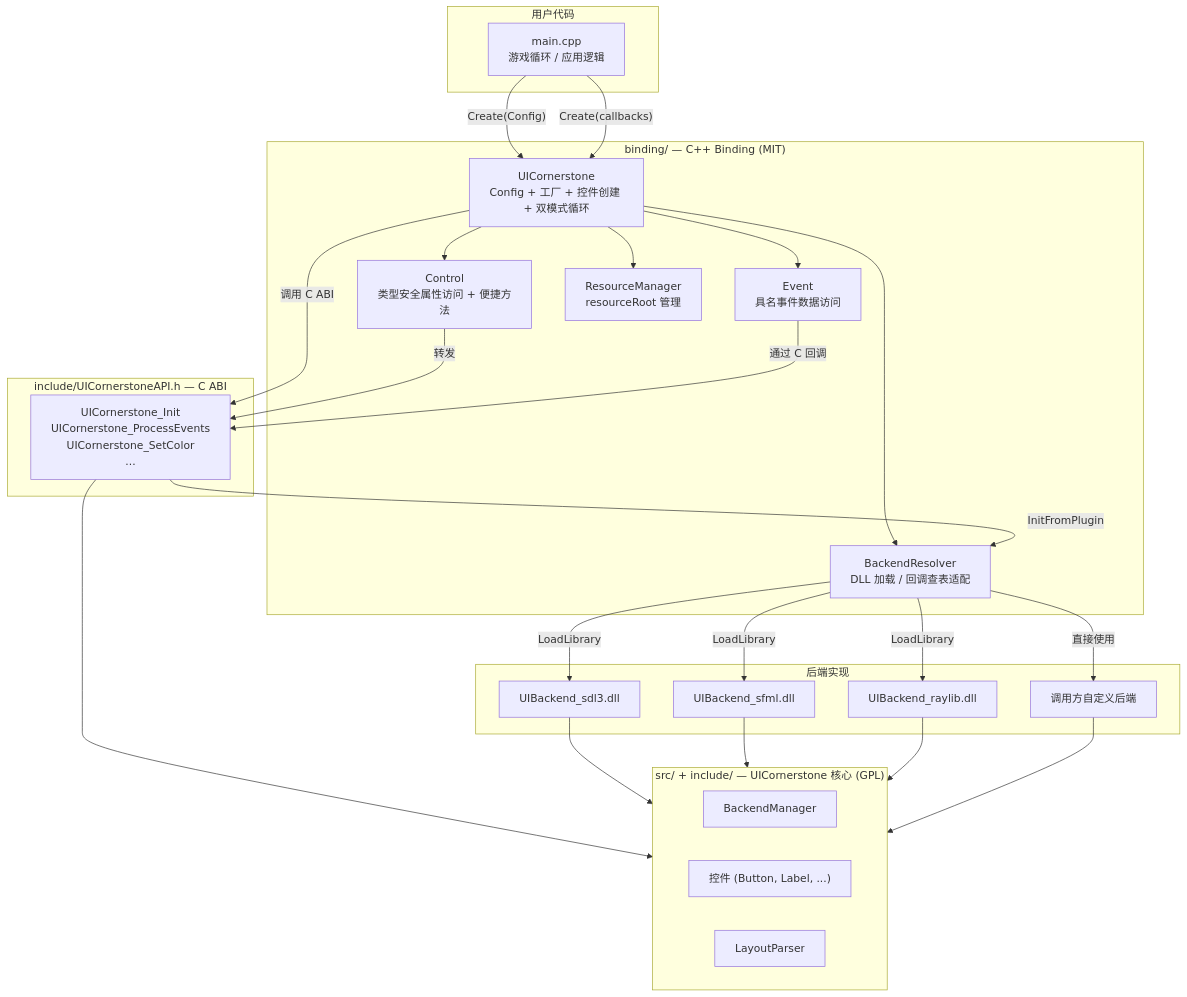
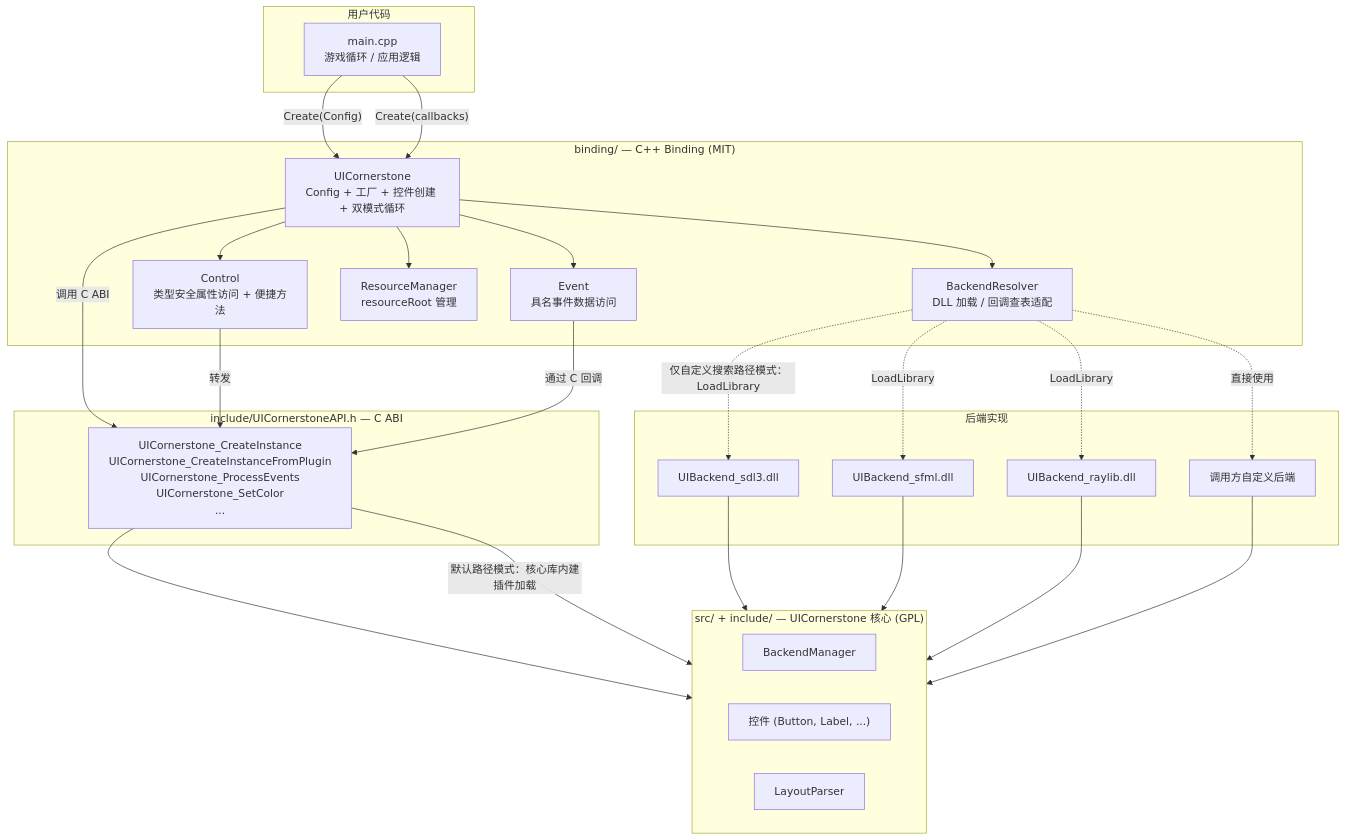
The first of 7 diagrams in doc/CppBinding_Design.md (SeaOceanLiu/UIControls), drawn with Mermaid before and after one commit. The commit also changed other lines of this file and 85 other files, not shown here.

First line of the commit message:
feat: 多实例 C ABI 改造实施 — UIContext 实例上下文、CreateInstance/CreateViewport 层级、单例移除、多视口事件路由与焦点转移

````diff
--- a/doc/CppBinding_Design.md
+++ b/doc/CppBinding_Design.md
@@ -138,55 +141,55 @@
 ```mermaid
 flowchart TB
     subgraph User["用户代码"]
         App["main.cpp<br/>游戏循环 / 应用逻辑"]
     end
 
     subgraph Binding["binding/ — C++ Binding (MIT)"]
         UIC["UICornerstone<br/>Config + 工厂 + 控件创建 + 双模式循环"]
         Ctrl["Control<br/>类型安全属性访问 + 便捷方法"]
         Evt["Event<br/>具名事件数据访问"]
         RM["ResourceManager<br/>resourceRoot 管理"]
         BR["BackendResolver<br/>DLL 加载 / 回调查表适配"]
     end
 
     subgraph CAPI["include/UICornerstoneAPI.h — C ABI"]
-        CF["UICornerstone_Init<br/>UICornerstone_ProcessEvents<br/>UICornerstone_SetColor<br/>..."]
+        CF["UICornerstone_CreateInstance<br/>UICornerstone_CreateInstanceFromPlugin<br/>UICornerstone_ProcessEvents<br/>UICornerstone_SetColor<br/>..."]
     end
 
     subgraph Core["src/ + include/ — UICornerstone 核心 (GPL)"]
         BM["BackendManager"]
         Controls["控件 (Button, Label, ...)"]
         Layout["LayoutParser"]
     end
 
     subgraph Backend["后端实现"]
         SDL3["UIBackend_sdl3.dll"]
         SFML["UIBackend_sfml.dll"]
         RL["UIBackend_raylib.dll"]
         CB["调用方自定义后端"]
     end
 
     App -->|"Create(Config)"| UIC
     App -->|"Create(callbacks)"| UIC
 
     UIC --> Ctrl
     UIC --> Evt
     UIC --> RM
     UIC --> BR
 
     UIC -->|"调用 C ABI"| CF
     Ctrl -->|"转发"| CF
     Evt -->|"通过 C 回调"| CF
 
     CF --> Core
-    CF -->|"InitFromPlugin"| BR
-    BR -->|"LoadLibrary"| SDL3
-    BR -->|"LoadLibrary"| SFML
-    BR -->|"LoadLibrary"| RL
-    BR -->|"直接使用"| CB
+    CF -->|"默认路径模式：核心库内建插件加载"| Core
+    BR -.->|"仅自定义搜索路径模式：LoadLibrary"| SDL3
+    BR -.->|"LoadLibrary"| SFML
+    BR -.->|"LoadLibrary"| RL
+    BR -.->|"直接使用"| CB
 
     SDL3 --> Core
     SFML --> Core
     RL --> Core
     CB --> Core
 ```
````
